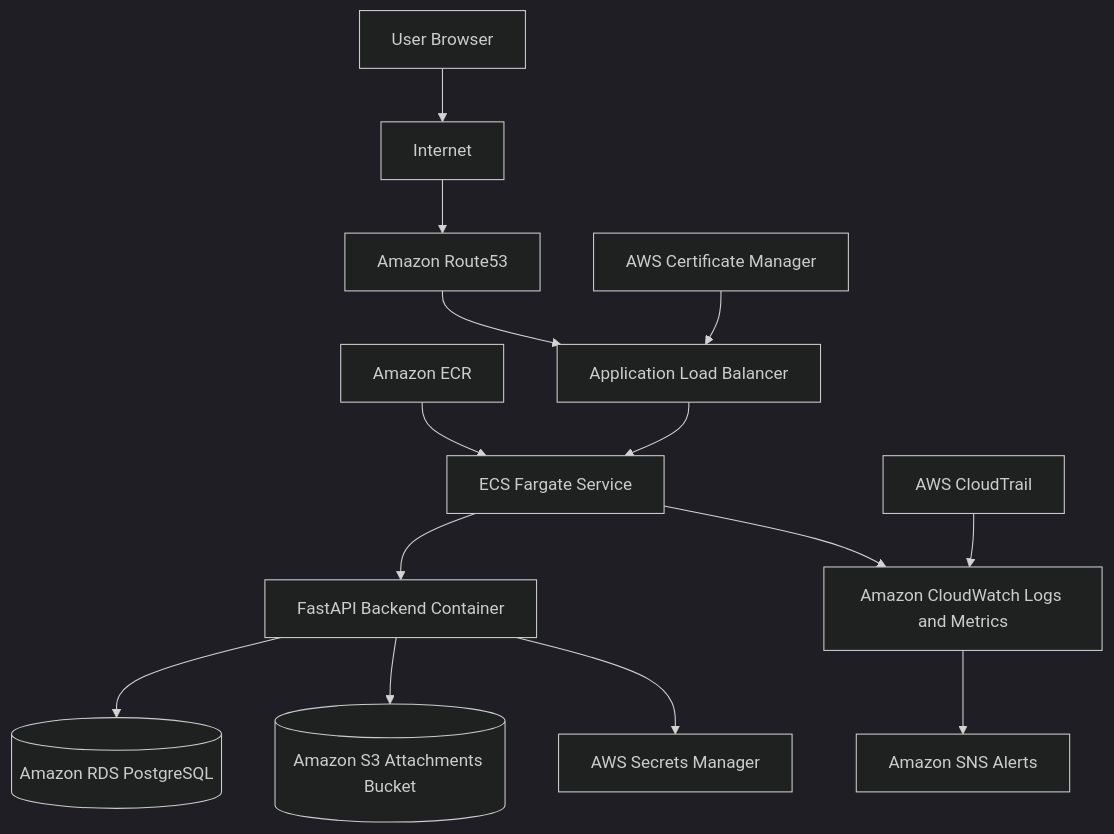
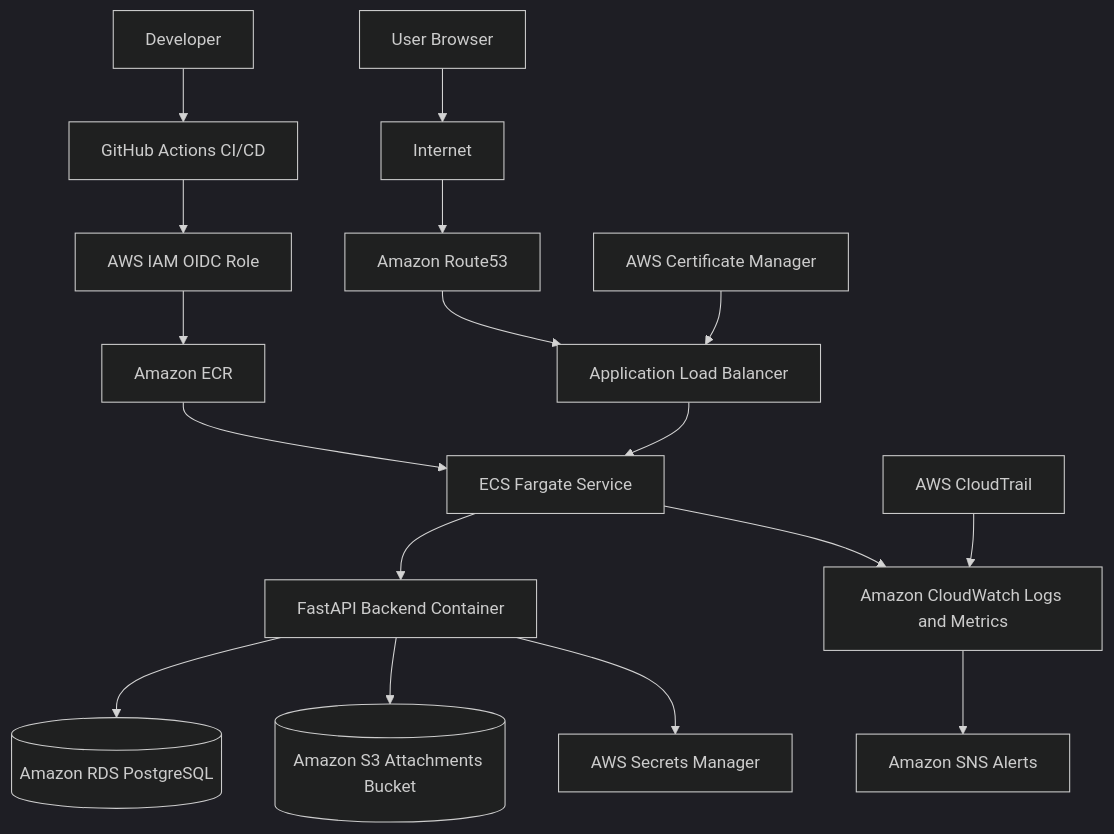
Before and after one commit to Iaemrys101/cloud-task-manager: the diagram in docs/architecture.md, drawn with Mermaid (dark theme). The commit also changed other lines of this file and 2 other files, not shown here.

Commit message:
docs: document GitHub Actions CI/CD workflow

````diff
--- a/docs/architecture.md
+++ b/docs/architecture.md
@@ -11,31 +11,37 @@
 ```mermaid
 flowchart TD
+    Developer[Developer]
+    GitHub[GitHub Actions CI/CD]
+    IAM[AWS IAM OIDC Role]
     User[User Browser]
     Internet[Internet]
     Route53[Amazon Route53]
     ACM[AWS Certificate Manager]
     ECR[Amazon ECR]
     ALB[Application Load Balancer]
     ECS[ECS Fargate Service]
     Backend[FastAPI Backend Container]
     RDS[(Amazon RDS PostgreSQL)]
     S3[(Amazon S3 Attachments Bucket)]
     Secrets[AWS Secrets Manager]
     CW[Amazon CloudWatch Logs and Metrics]
     SNS[Amazon SNS Alerts]
     CT[AWS CloudTrail]
 
+    Developer --> GitHub
+    GitHub --> IAM
+    IAM --> ECR
     User --> Internet
     Internet --> Route53
     Route53 --> ALB
     ACM --> ALB
     ECR --> ECS
     ALB --> ECS
     ECS --> Backend
     Backend --> RDS
     Backend --> S3
     Backend --> Secrets
     ECS --> CW
     CW --> SNS
     CT --> CW
 ```
````
